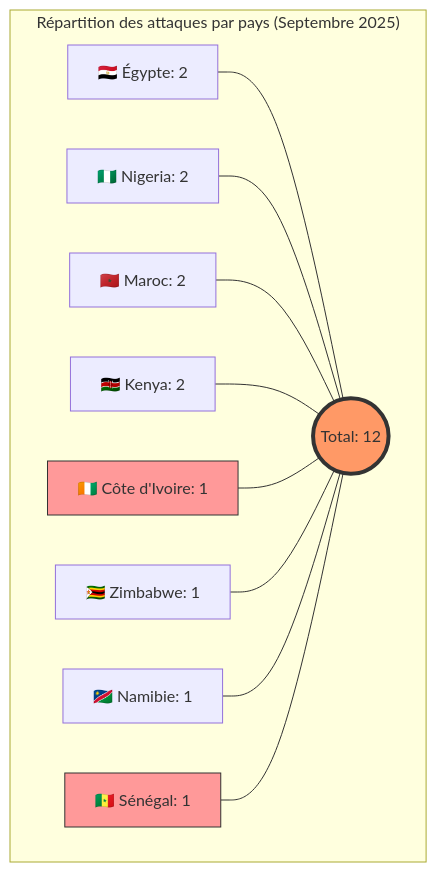
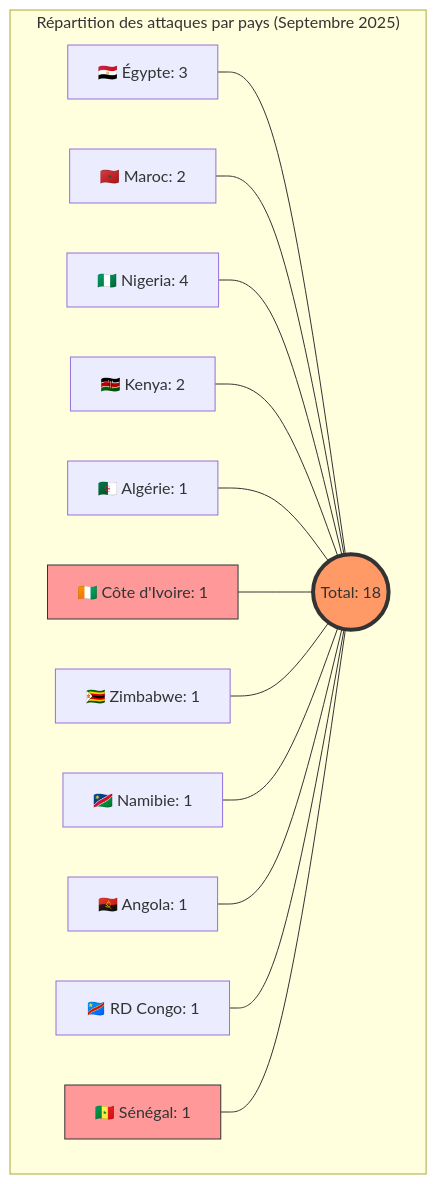
The second of 3 diagrams in CyberAttackAfrica/2025/09-september/README_FR.md (Hatchepsoute/AFRINTEL), drawn with Mermaid before and after one commit. The commit also changed other lines of this file and 255 other files, not shown here.

````diff
--- a/CyberAttackAfrica/2025/09-september/README_FR.md
+++ b/CyberAttackAfrica/2025/09-september/README_FR.md
@@ -84,17 +100,20 @@
 ```mermaid
 graph TD
     subgraph "Répartition des attaques par pays (Septembre 2025)"
-    EG[🇪🇬 Égypte: 2] --- Total((Total: 12))
-    NG[🇳🇬 Nigeria: 2] --- Total
+    EG[🇪🇬 Égypte: 3] --- Total((Total: 18))
     MA[🇲🇦 Maroc: 2] --- Total
+    NG[🇳🇬 Nigeria: 4] --- Total
     KE[🇰🇪 Kenya: 2] --- Total
+    DZ[🇩🇿 Algérie: 1] --- Total
     CI[🇨🇮 Côte d'Ivoire: 1] --- Total
     ZW[🇿🇼 Zimbabwe: 1] --- Total
     NA[🇳🇦 Namibie: 1] --- Total
+    AO[🇦🇴 Angola: 1] --- Total
+    CD[🇨🇩 RD Congo: 1] --- Total
     SN[🇸🇳 Sénégal: 1] --- Total
     end
 
     style Total fill:#f96,stroke:#333,stroke-width:4px
     style SN fill:#ff9999,stroke:#333
     style CI fill:#ff9999,stroke:#333
 ```
````
